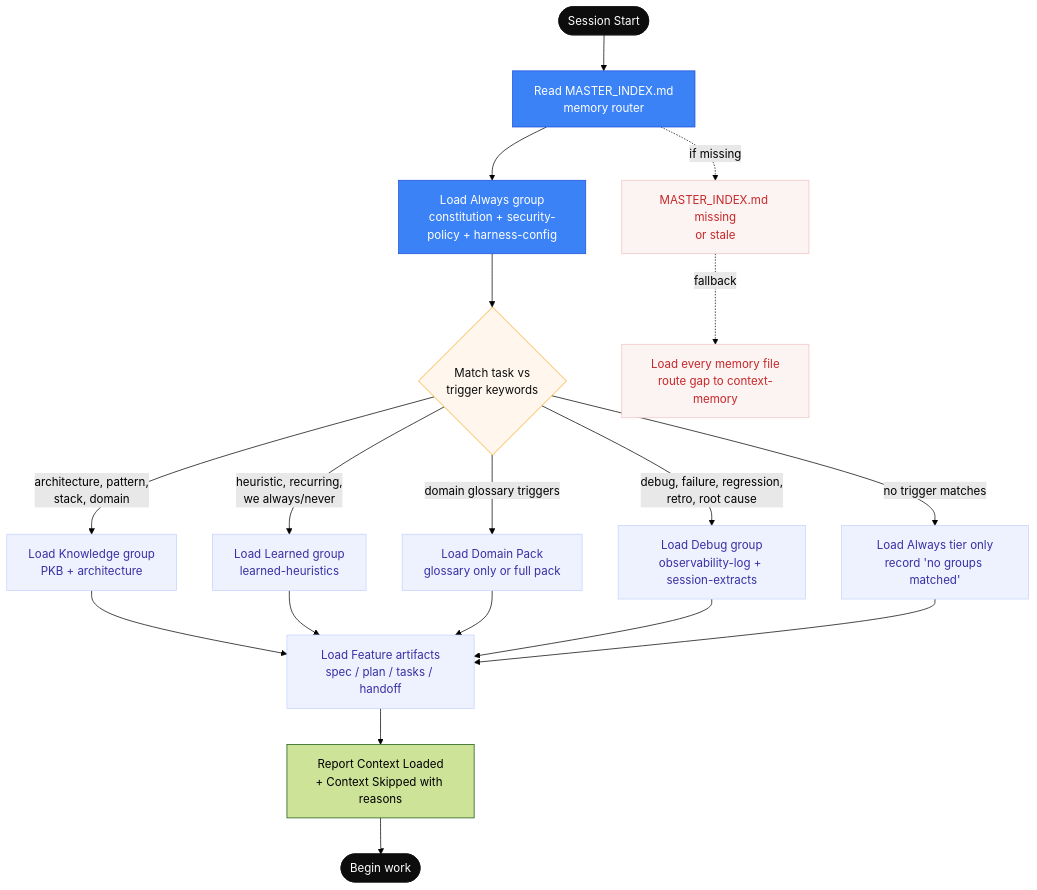
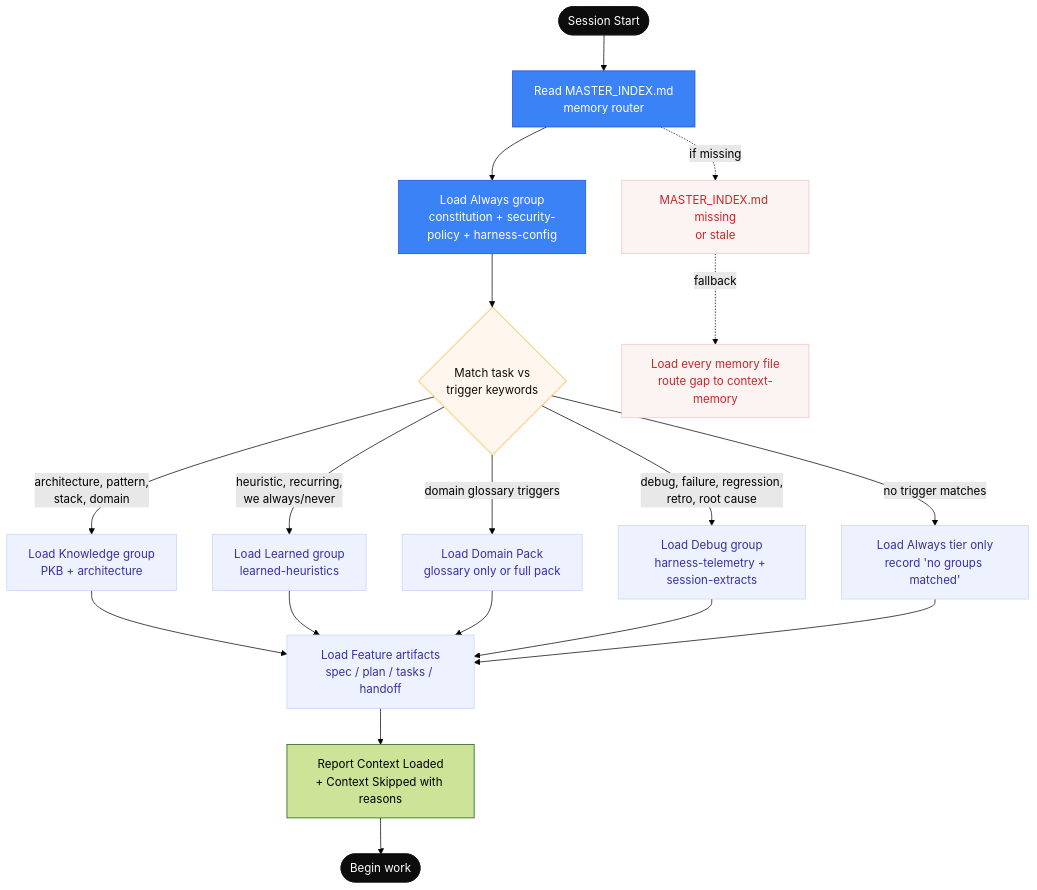
One commit to thaihai-swe/CoreZero-Nexus changed the third of 6 diagrams in documents/context-engineering.md. Above: the diagram before and after it, drawn with Mermaid (forest theme). The commit also changed other lines of this file and 61 other files, not shown here.

````diff
--- a/documents/context-engineering.md
+++ b/documents/context-engineering.md
@@ -134,39 +191,39 @@
 ```mermaid
 flowchart TD
     %% Smart Context Routing via MASTER_INDEX.md
 
     START([Session Start]) --> IDX[Read MASTER_INDEX.md<br/>memory router]
     IDX --> ALWAYS[Load Always group<br/>constitution + security-policy + harness-config]
 
     ALWAYS --> MATCH{Match task vs<br/>trigger keywords}
 
     MATCH -->|architecture, pattern,<br/>stack, domain| KNOW[Load Knowledge group<br/>PKB + architecture]
     MATCH -->|heuristic, recurring,<br/>we always/never| LEARN[Load Learned group<br/>learned-heuristics]
     MATCH -->|domain glossary triggers| DOMAIN[Load Domain Pack<br/>glossary only or full pack]
-    MATCH -->|debug, failure, regression,<br/>retro, root cause| DEBUG[Load Debug group<br/>observability-log + session-extracts]
+    MATCH -->|debug, failure, regression,<br/>retro, root cause| DEBUG[Load Debug group<br/>harness-telemetry + session-extracts]
     MATCH -->|no trigger matches| SKIP[Load Always tier only<br/>record 'no groups matched']
 
     KNOW --> FEAT[Load Feature artifacts<br/>spec / plan / tasks / handoff]
     LEARN --> FEAT
     DOMAIN --> FEAT
     DEBUG --> FEAT
     SKIP --> FEAT
 
     FEAT --> REPORT[Report Context Loaded<br/>+ Context Skipped with reasons]
     REPORT --> WORK([Begin work])
 
     STALE[MASTER_INDEX.md missing<br/>or stale] -.->|fallback| ALL[Load every memory file<br/>route gap to context-memory]
     IDX -.->|if missing| STALE
 
     classDef terminal fill:#0d0d0d,stroke:#0d0d0d,color:#fff
     classDef router fill:#3b82f6,stroke:#1d4ed8,color:#fff
     classDef group fill:#eef2ff,stroke:#c7d2fe,color:#3730a3
     classDef decision fill:#fff7ed,stroke:#f59e0b,color:#0d0d0d
     classDef fallback fill:#fcf3f3,stroke:#f2c4c4,color:#c62828
 
     class START,WORK terminal
     class IDX,ALWAYS router
     class KNOW,LEARN,DOMAIN,DEBUG,SKIP,FEAT group
     class MATCH decision
     class STALE,ALL fallback
 ```
````
